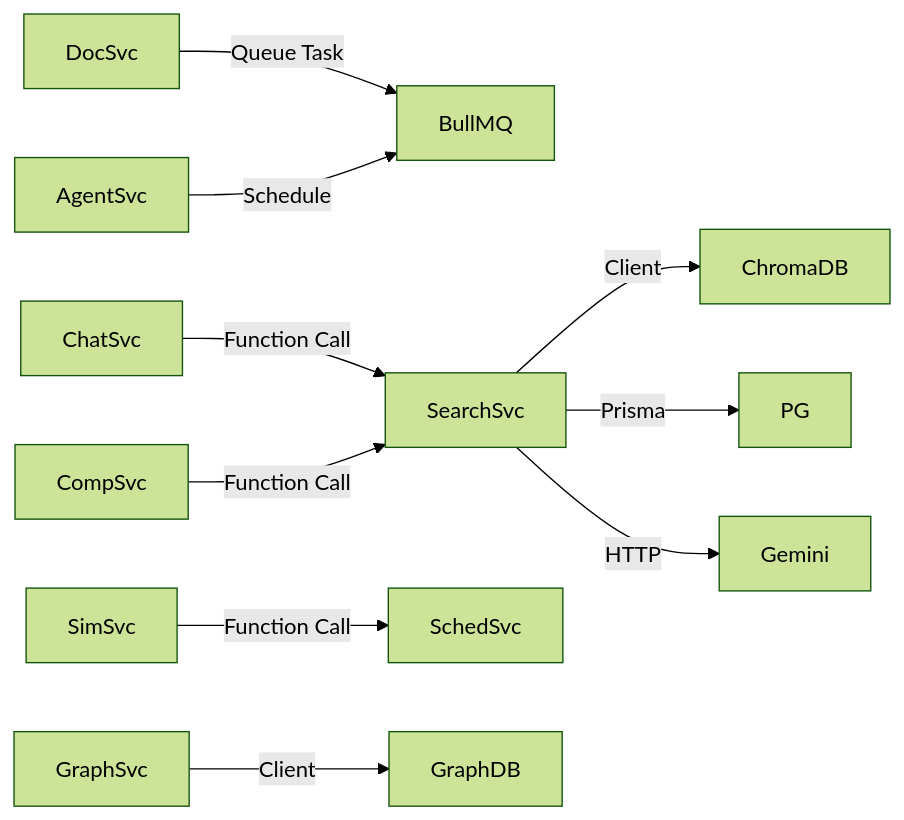
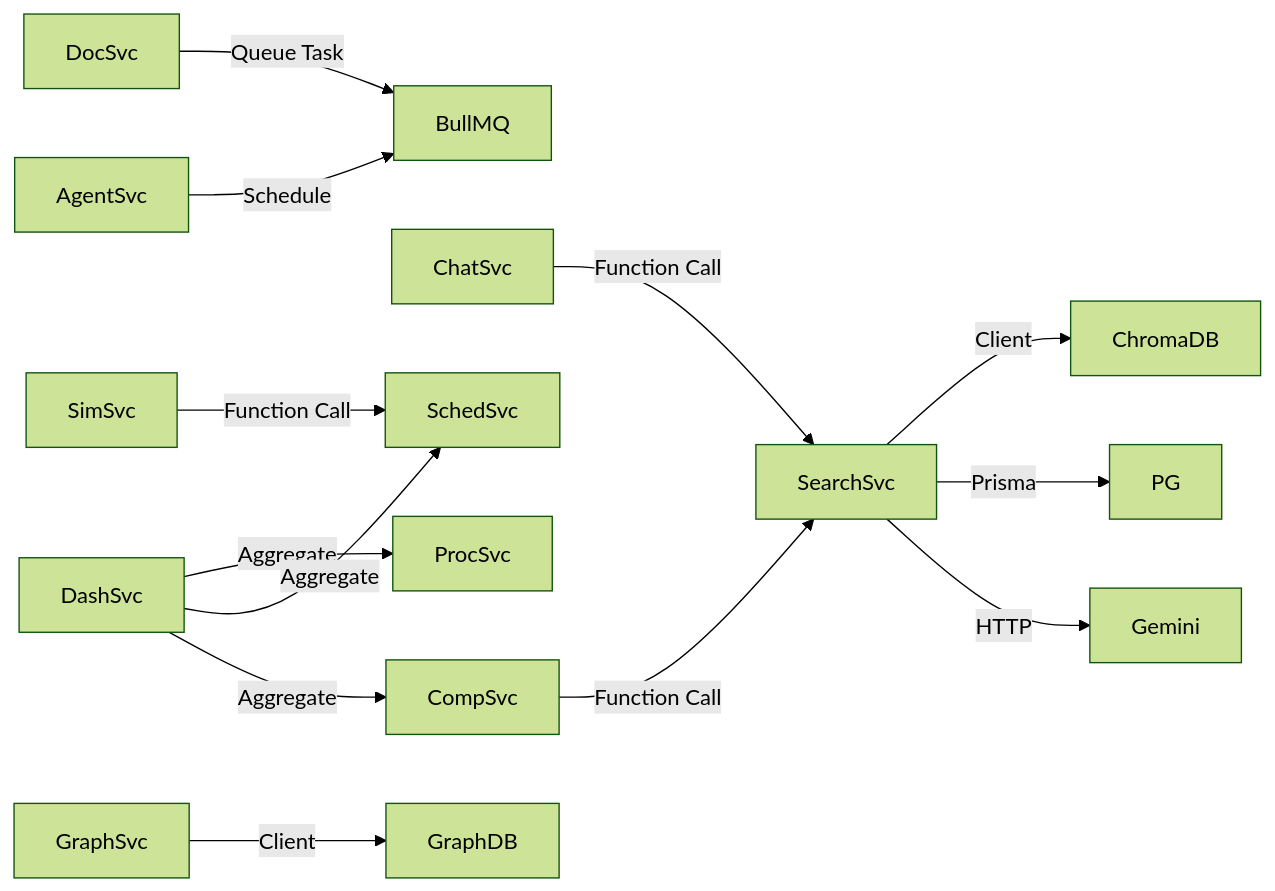
Before and after one commit to suryanshvermaa/DCBrain: the second of 2 diagrams in .ai/ARCHITECTURE.md, drawn with Mermaid (forest theme). The commit also changed 25 other files, not shown here.

Commit message:
feat: implement procurement intelligence module with database schema, backend services, and dashboard integration

````diff
--- a/.ai/ARCHITECTURE.md
+++ b/.ai/ARCHITECTURE.md
@@ -38,12 +38,15 @@
 ```mermaid
 graph LR
     DocSvc -->|Queue Task| BullMQ
     SearchSvc -->|Client| ChromaDB
     SearchSvc -->|Prisma| PG
     SearchSvc -->|HTTP| Gemini
     ChatSvc -->|Function Call| SearchSvc
     CompSvc -->|Function Call| SearchSvc
     AgentSvc -->|Schedule| BullMQ
     SimSvc -->|Function Call| SchedSvc
     GraphSvc -->|Client| GraphDB
+    DashSvc -->|Aggregate| ProcSvc
+    DashSvc -->|Aggregate| SchedSvc
+    DashSvc -->|Aggregate| CompSvc
 ```
````
